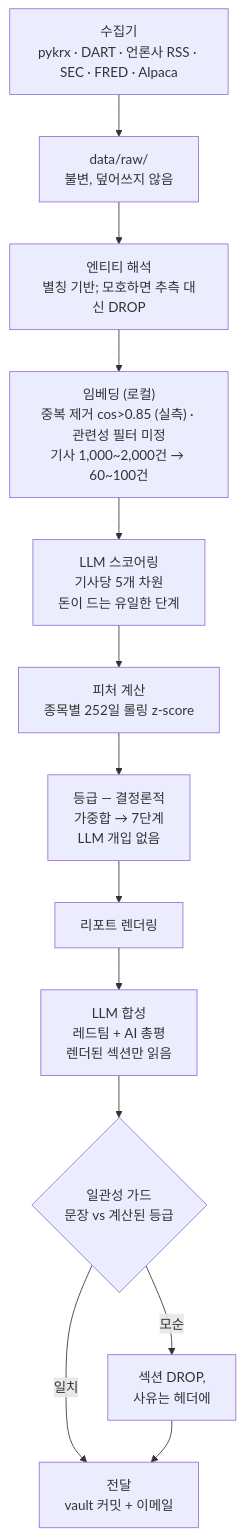
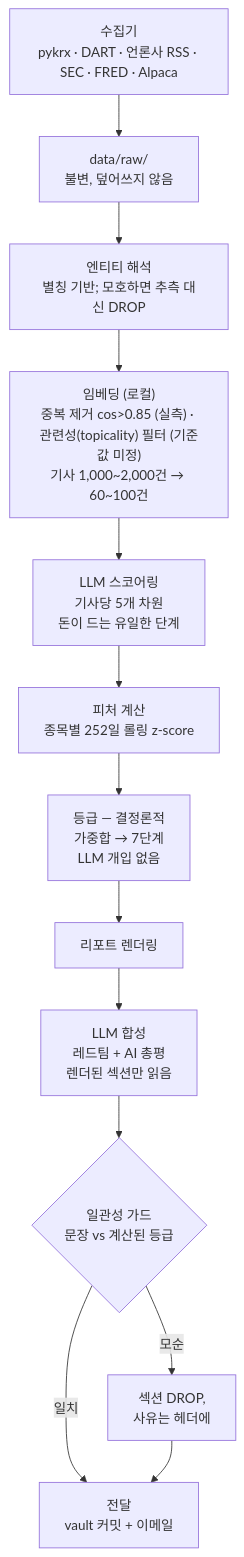
Before and after one commit to uichan-lee/market-briefing: the diagram in README.ko.md, drawn with Mermaid. The commit also changed other lines of this file and 3 other files, not shown here.

````diff
--- a/README.ko.md
+++ b/README.ko.md
@@ -110,15 +110,15 @@
 ```mermaid
 flowchart TD
     A["수집기<br/>pykrx · DART · 언론사 RSS · SEC · FRED · Alpaca"] --> B["data/raw/<br/>불변, 덮어쓰지 않음"]
     B --> C["엔티티 해석<br/>별칭 기반; 모호하면 추측 대신 DROP"]
-    C --> D["임베딩 (로컬)<br/>중복 제거 cos&gt;0.85 (실측) · 관련성 필터 미정<br/>기사 1,000~2,000건 → 60~100건"]
+    C --> D["임베딩 (로컬)<br/>중복 제거 cos&gt;0.85 (실측) · 관련성(topicality) 필터 (기준값 미정)<br/>기사 1,000~2,000건 → 60~100건"]
     D --> E["LLM 스코어링<br/>기사당 5개 차원<br/>돈이 드는 유일한 단계"]
     E --> F["피처 계산<br/>종목별 252일 롤링 z-score"]
     F --> G["등급 — 결정론적<br/>가중합 → 7단계<br/>LLM 개입 없음"]
     G --> H["리포트 렌더링"]
     H --> I["LLM 합성<br/>레드팀 + AI 총평<br/>렌더된 섹션만 읽음"]
     I --> J{"일관성 가드<br/>문장 vs 계산된 등급"}
     J -->|모순| K["섹션 DROP,<br/>사유는 헤더에"]
     J -->|일치| L["전달<br/>vault 커밋 + 이메일"]
     K --> L
 ```
````
